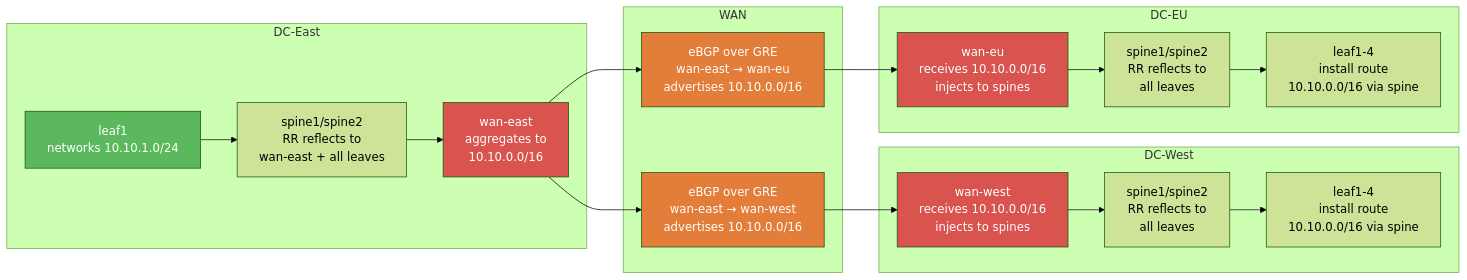
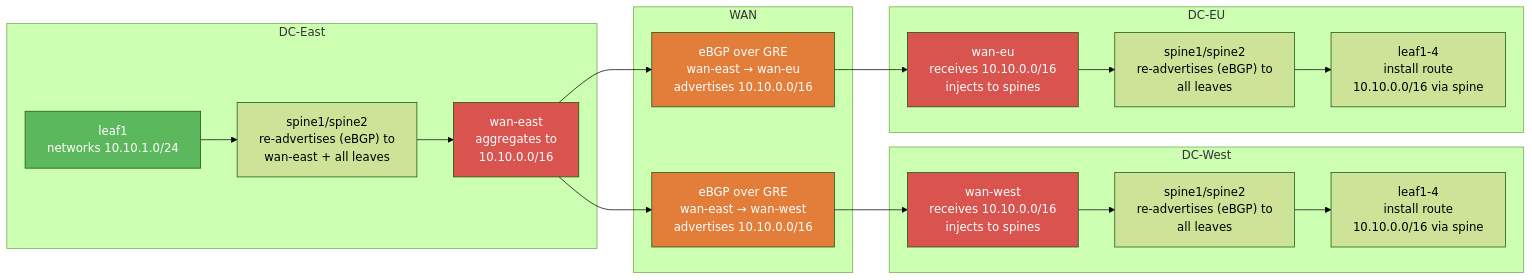
One commit to macrohard1970/ResilientCloud changed the second of 4 diagrams in docs/diagrams/traffic-flow.md. Above: the diagram before and after it, drawn with Mermaid (forest theme). The commit also changed other lines of this file and 12 other files, not shown here.

First line of the commit message:
docs: align all docs and diagrams with the fixed lab; add CHANGELOG

````diff
--- a/docs/diagrams/traffic-flow.md
+++ b/docs/diagrams/traffic-flow.md
@@ -48,43 +48,43 @@
 ```mermaid
 flowchart LR
     subgraph "DC-East"
         EA["leaf1<br/>networks 10.10.1.0/24"]
-        EB["spine1/spine2<br/>RR reflects to<br/>wan-east + all leaves"]
+        EB["spine1/spine2<br/>re-advertises (eBGP) to<br/>wan-east + all leaves"]
         EC["wan-east<br/>aggregates to<br/>10.10.0.0/16"]
     end
 
     subgraph "WAN"
         WD["eBGP over GRE<br/>wan-east → wan-west<br/>advertises 10.10.0.0/16"]
         WE["eBGP over GRE<br/>wan-east → wan-eu<br/>advertises 10.10.0.0/16"]
     end
 
     subgraph "DC-West"
         WF["wan-west<br/>receives 10.10.0.0/16<br/>injects to spines"]
-        WG["spine1/spine2<br/>RR reflects to<br/>all leaves"]
+        WG["spine1/spine2<br/>re-advertises (eBGP) to<br/>all leaves"]
         WH["leaf1-4<br/>install route<br/>10.10.0.0/16 via spine"]
     end
 
     subgraph "DC-EU"
         WI["wan-eu<br/>receives 10.10.0.0/16<br/>injects to spines"]
-        WJ["spine1/spine2<br/>RR reflects to<br/>all leaves"]
+        WJ["spine1/spine2<br/>re-advertises (eBGP) to<br/>all leaves"]
         WK["leaf1-4<br/>install route<br/>10.10.0.0/16 via spine"]
     end
 
     EA --> EB
     EB --> EC
     EC --> WD
     EC --> WE
     WD --> WF
     WF --> WG
     WG --> WH
     WE --> WI
     WI --> WJ
     WJ --> WK
 
     style EA fill:#5cb85c,color:#fff
     style EC fill:#d9534f,color:#fff
     style WD fill:#e27d3a,color:#fff
     style WE fill:#e27d3a,color:#fff
     style WF fill:#d9534f,color:#fff
     style WI fill:#d9534f,color:#fff
 ```
````
